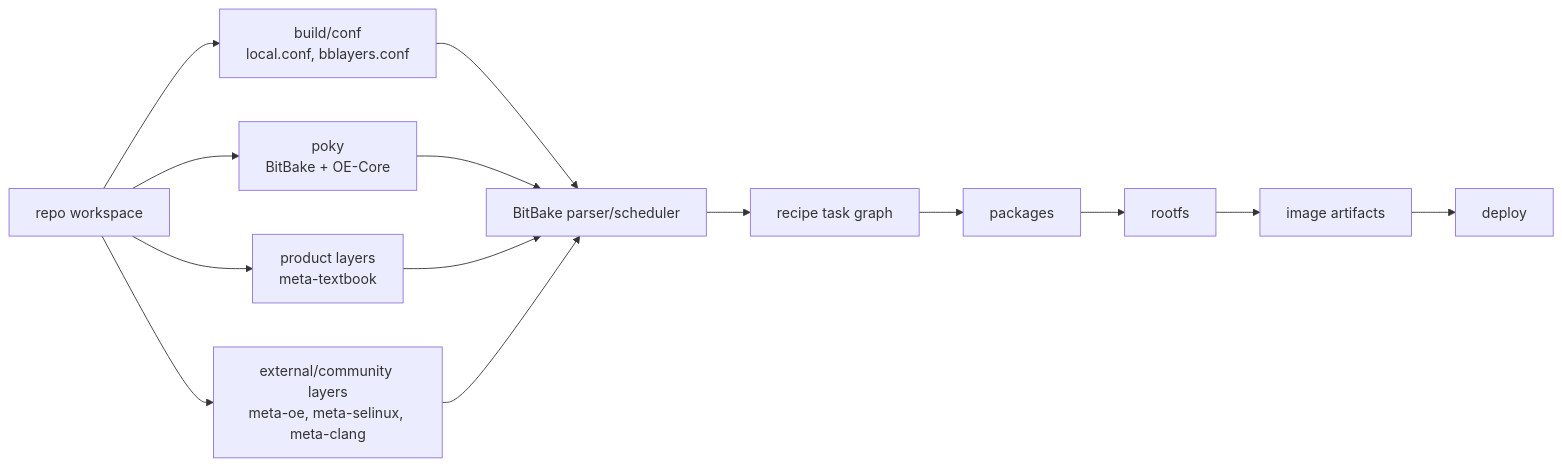
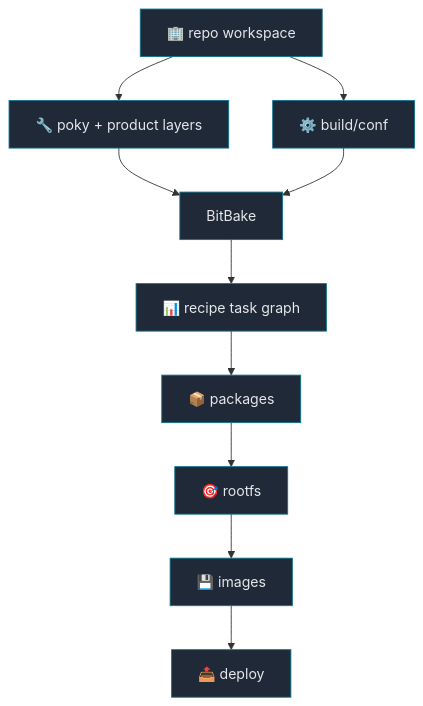
Before and after one commit to yocto-textbook/document: the first of 3 diagrams in topics/00-yocto-build-pipeline.md, drawn with Mermaid. The commit also changed other lines of this file and 17 other files, not shown here.

````diff
--- a/topics/00-yocto-build-pipeline.md
+++ b/topics/00-yocto-build-pipeline.md
@@ -36,18 +41,22 @@
 ```mermaid
-flowchart LR
-    Repo["repo workspace"] --> Poky["poky<br/>BitBake + OE-Core"]
-    Repo --> ProductLayers["product layers<br/>meta-textbook"]
-    Repo --> ExternalLayers["external/community layers<br/>meta-oe, meta-selinux, meta-clang"]
-    Repo --> BuildConf["build/conf<br/>local.conf, bblayers.conf"]
+flowchart TB
+    Repo["🏢 repo workspace"] --> Layers["🔧 poky + product layers"]
+    Repo --> BuildConf["⚙️ build/conf"]
+    Layers --> BitBake["BitBake"]
+    BuildConf --> BitBake
+    BitBake --> Tasks["📊 recipe task graph"]
+    Tasks --> Packages["📦 packages"]
+    Packages --> Rootfs["🎯 rootfs"]
+    Rootfs --> Images["💾 images"]
+    Images --> Deploy["📤 deploy"]
 
-    BuildConf --> BitBake["BitBake parser/scheduler"]
-    Poky --> BitBake
-    ProductLayers --> BitBake
-    ExternalLayers --> BitBake
-
-    BitBake --> Tasks["recipe task graph"]
-    Tasks --> Packages["packages"]
-    Packages --> Rootfs["rootfs"]
-    Rootfs --> Images["image artifacts"]
-    Images --> Deploy["deploy"]
+    style Repo fill:#1f2937,stroke:#0e7490,stroke-width:1px,color:#e5e7eb
+    style Layers fill:#1f2937,stroke:#0e7490,stroke-width:1px,color:#e5e7eb
+    style BuildConf fill:#1f2937,stroke:#0e7490,stroke-width:1px,color:#e5e7eb
+    style BitBake fill:#1f2937,stroke:#0e7490,stroke-width:1px,color:#e5e7eb
+    style Tasks fill:#1f2937,stroke:#0e7490,stroke-width:1px,color:#e5e7eb
+    style Packages fill:#1f2937,stroke:#0e7490,stroke-width:1px,color:#e5e7eb
+    style Rootfs fill:#1f2937,stroke:#0e7490,stroke-width:1px,color:#e5e7eb
+    style Images fill:#1f2937,stroke:#0e7490,stroke-width:1px,color:#e5e7eb
+    style Deploy fill:#1f2937,stroke:#0e7490,stroke-width:1px,color:#e5e7eb
 ```
````
